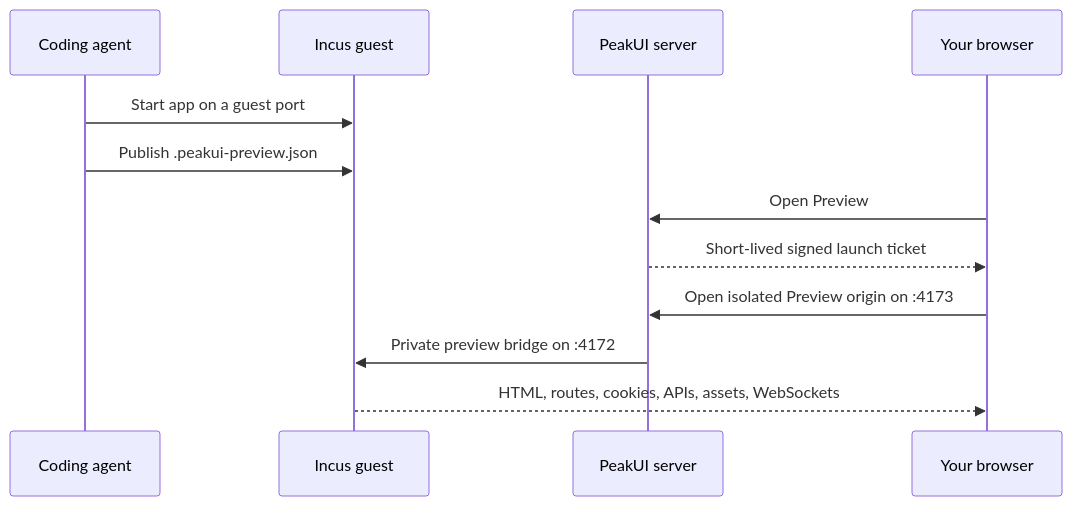
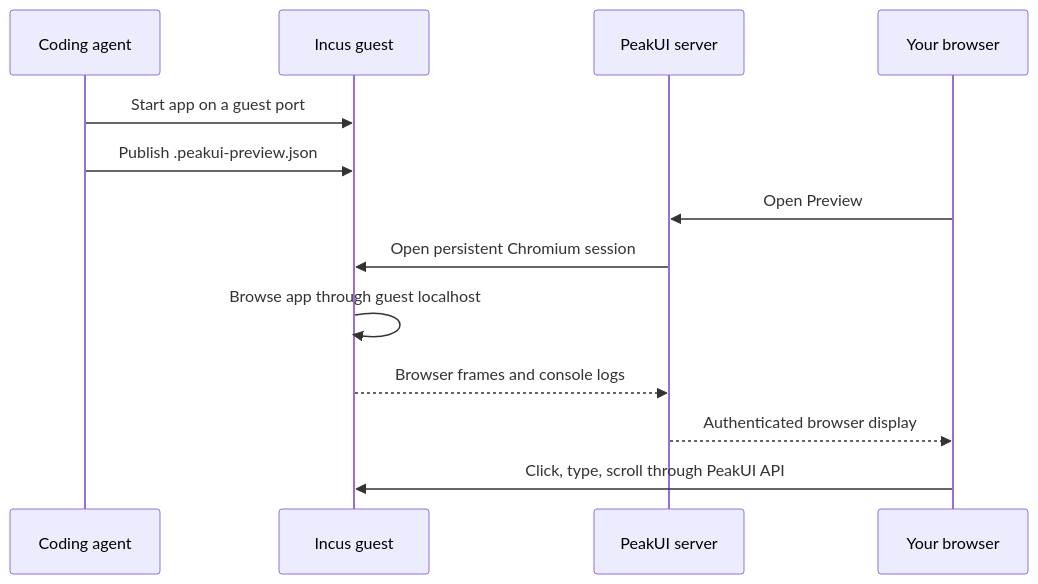
Before and after one commit to rajatalha150/PeakUI: the fourth of 7 diagrams in README.md, drawn with Mermaid. The commit also changed other lines of this file and 10 other files, not shown here.

Commit message:
Run Coder Preview in persistent guest Chromium with shared vision and logs

````diff
--- a/README.md
+++ b/README.md
@@ -111,14 +111,15 @@
 ```mermaid
 sequenceDiagram
   participant A as Coding agent
   participant G as Incus guest
   participant S as PeakUI server
   participant B as Your browser
   A->>G: Start app on a guest port
   A->>G: Publish .peakui-preview.json
   B->>S: Open Preview
-  S-->>B: Short-lived signed launch ticket
-  B->>S: Open isolated Preview origin on :4173
-  S->>G: Private preview bridge on :4172
-  G-->>B: HTML, routes, cookies, APIs, assets, WebSockets
+  S->>G: Open persistent Chromium session
+  G->>G: Browse app through guest localhost
+  G-->>S: Browser frames and console logs
+  S-->>B: Authenticated browser display
+  B->>G: Click, type, scroll through PeakUI API
 ```
````
